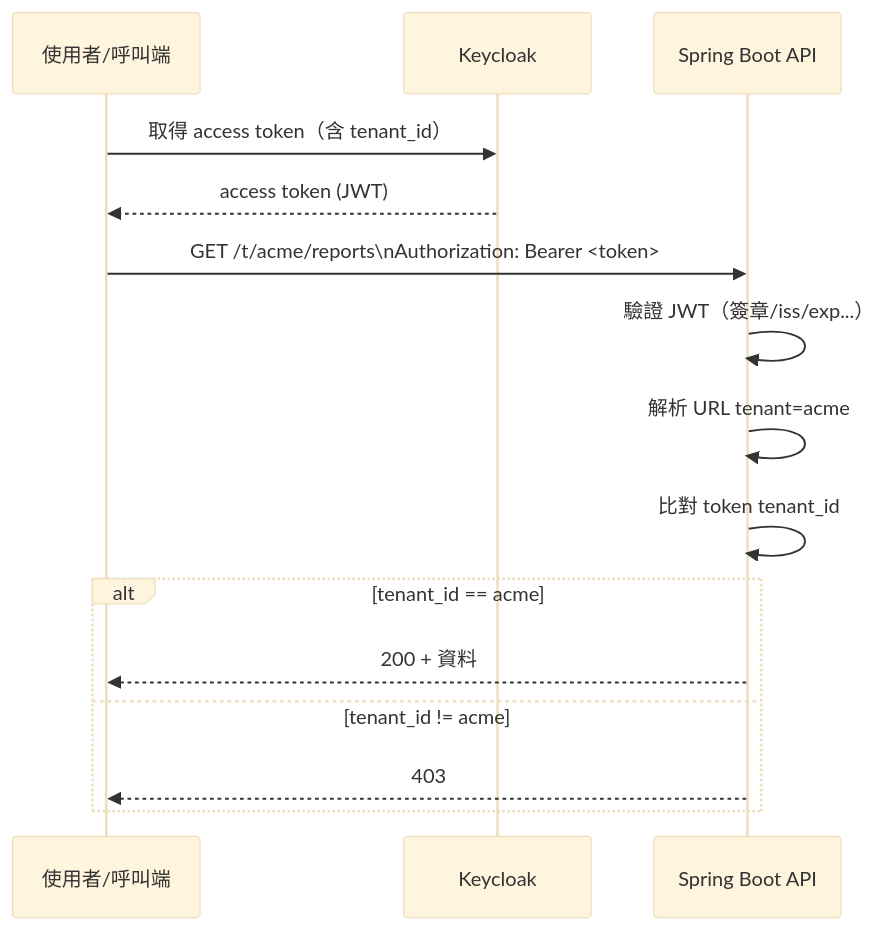
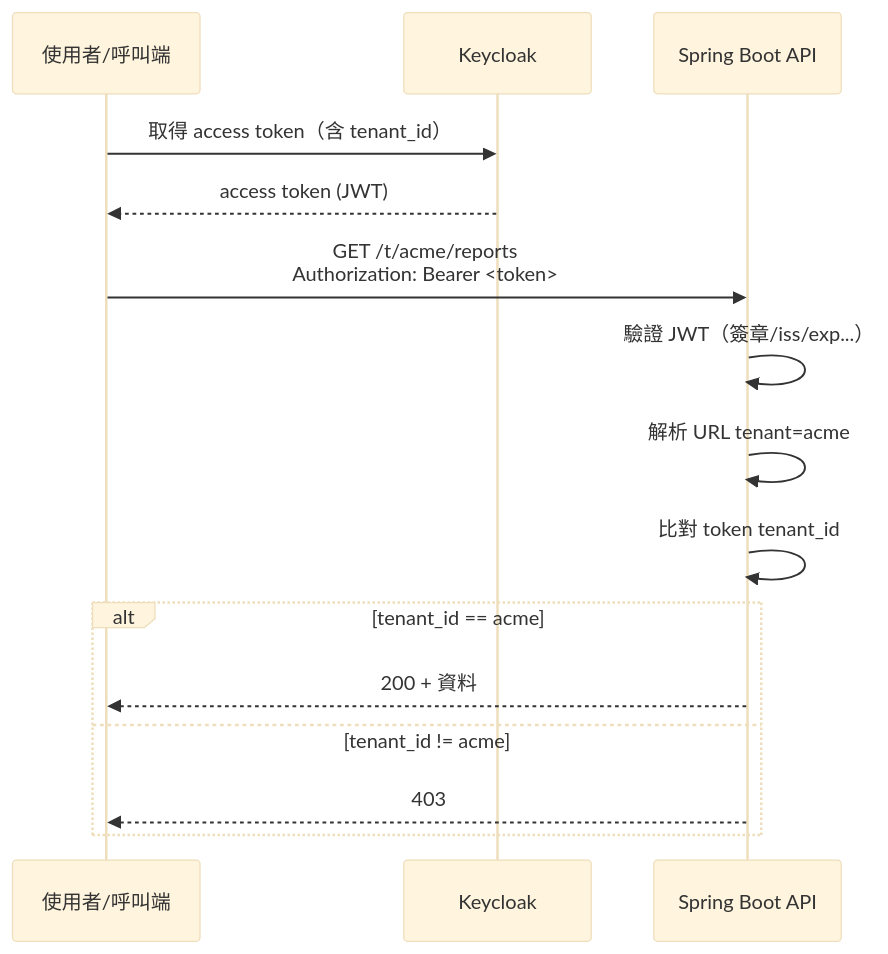
Before and after one commit to Gary-GaGa/learning: the diagram in keycloak/docs/zh-TW/02-multi-tenancy-url-path.md, drawn with Mermaid (base theme). The commit also changed 3 other files, not shown here.

Commit message:
Fix Mermaid line breaks in Keycloak docs for GitHub rendering

````diff
--- a/keycloak/docs/zh-TW/02-multi-tenancy-url-path.md
+++ b/keycloak/docs/zh-TW/02-multi-tenancy-url-path.md
@@ -30,18 +30,18 @@
 ```mermaid
 sequenceDiagram
   participant U as 使用者/呼叫端
   participant KC as Keycloak
   participant API as Spring Boot API
 
   U->>KC: 取得 access token（含 tenant_id）
   KC-->>U: access token (JWT)
-  U->>API: GET /t/acme/reports\nAuthorization: Bearer <token>
+  U->>API: GET /t/acme/reports<br/>Authorization: Bearer <token>
   API->>API: 驗證 JWT（簽章/iss/exp...）
   API->>API: 解析 URL tenant=acme
   API->>API: 比對 token tenant_id
   alt tenant_id == acme
     API-->>U: 200 + 資料
   else tenant_id != acme
     API-->>U: 403
   end
 ```
````
